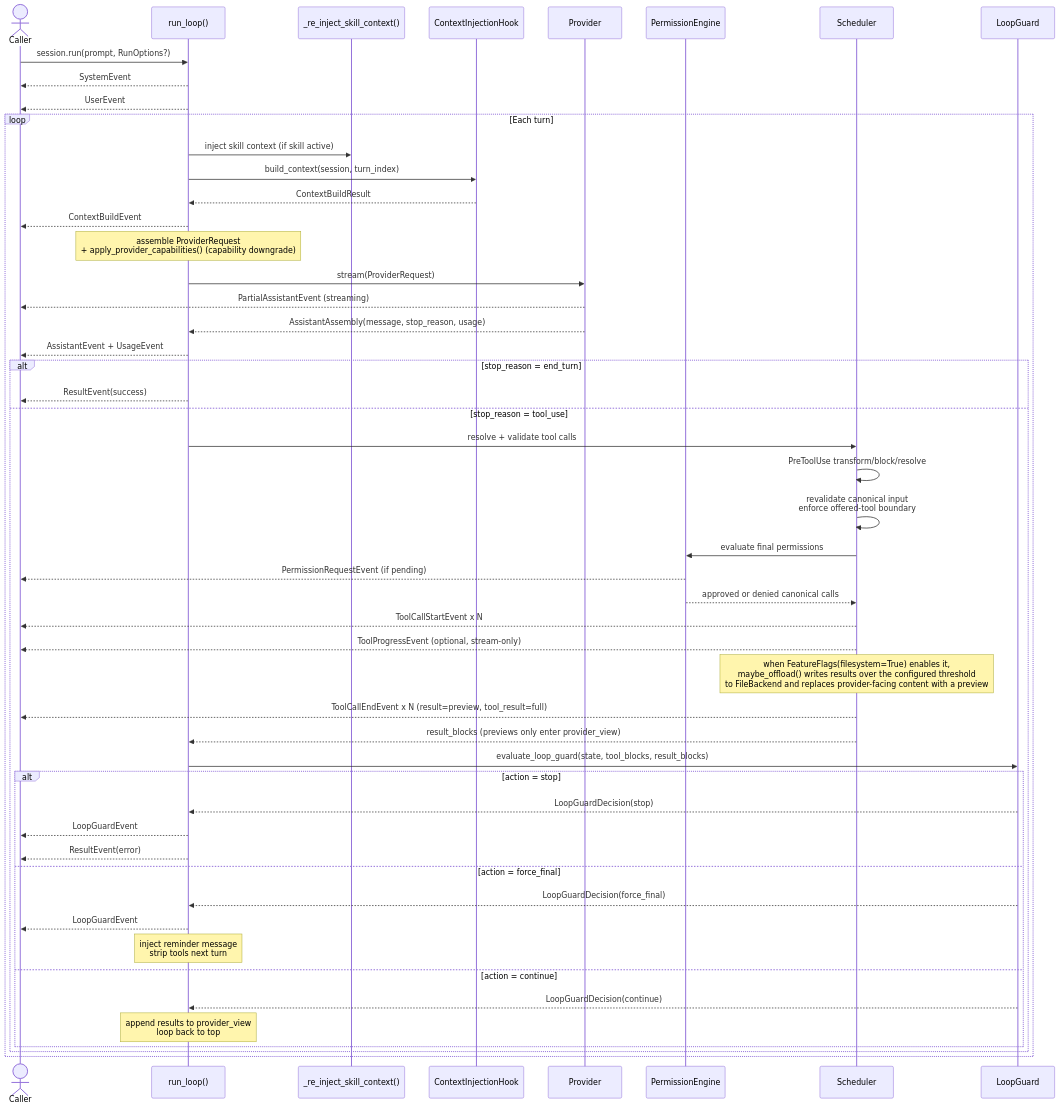
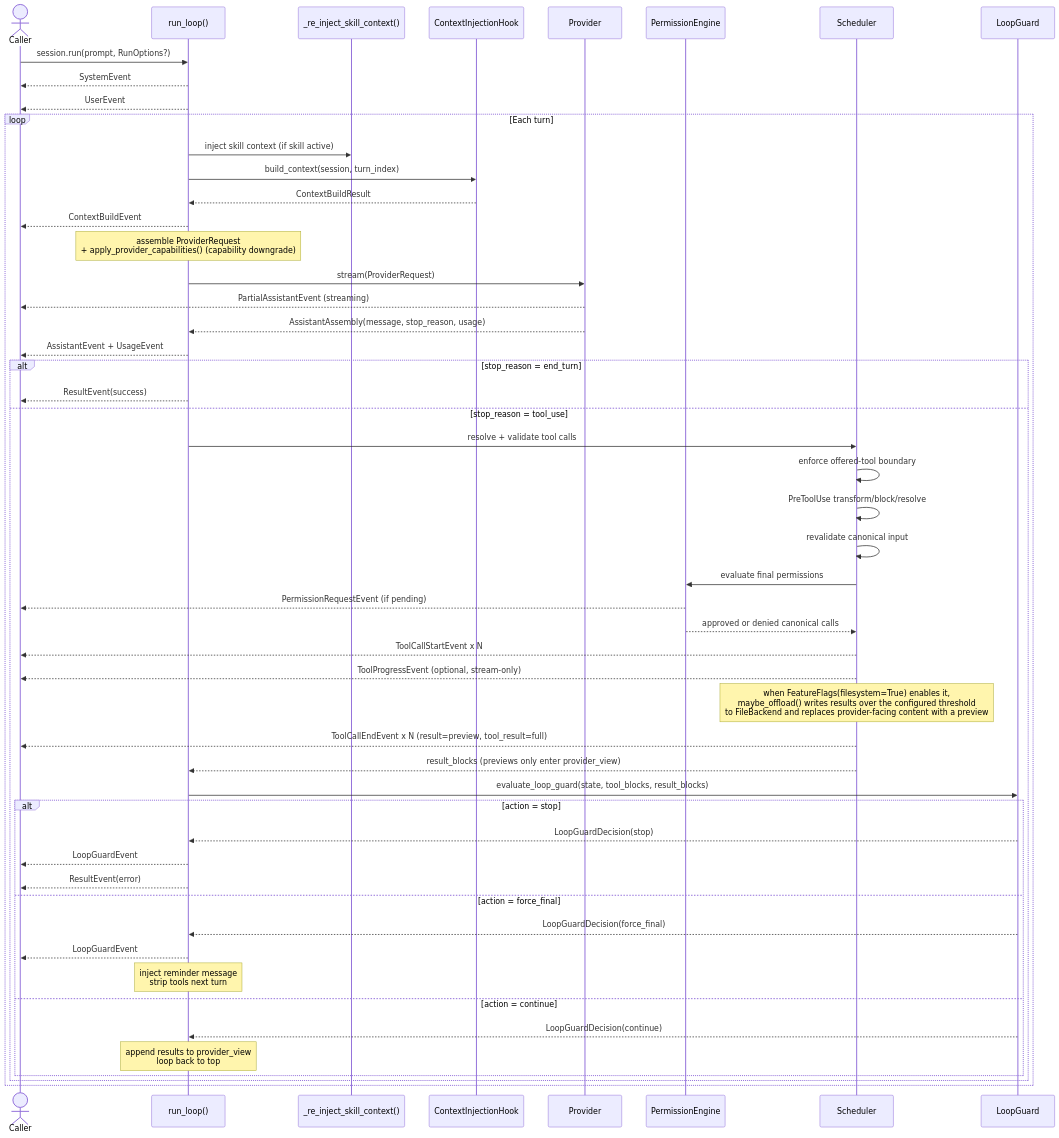
One commit to DuyTa506/linch changed the diagram in docs/architecture/turn-lifecycle.md. Above: the diagram before and after it, drawn with Mermaid. The commit also changed other lines of this file and 43 other files, not shown here.

````diff
--- a/docs/architecture/turn-lifecycle.md
+++ b/docs/architecture/turn-lifecycle.md
@@ -7,62 +7,63 @@
 ```mermaid
 sequenceDiagram
     actor Caller
     participant RL as run_loop()
     participant SK as _re_inject_skill_context()
     participant CB as ContextInjectionHook
     participant PR as Provider
     participant PE as PermissionEngine
     participant SC as Scheduler
     participant LG as LoopGuard
 
     Caller->>RL: session.run(prompt, RunOptions?)
     RL-->>Caller: SystemEvent
     RL-->>Caller: UserEvent
 
     loop Each turn
         RL->>SK: inject skill context (if skill active)
         RL->>CB: build_context(session, turn_index)
         CB-->>RL: ContextBuildResult
         RL-->>Caller: ContextBuildEvent
 
         Note over RL: assemble ProviderRequest<br/>+ apply_provider_capabilities() (capability downgrade)
 
         RL->>PR: stream(ProviderRequest)
         PR-->>Caller: PartialAssistantEvent (streaming)
         PR-->>RL: AssistantAssembly(message, stop_reason, usage)
 
         RL-->>Caller: AssistantEvent + UsageEvent
 
         alt stop_reason = end_turn
             RL-->>Caller: ResultEvent(success)
         else stop_reason = tool_use
             RL->>SC: resolve + validate tool calls
+            SC->>SC: enforce offered-tool boundary
             SC->>SC: PreToolUse transform/block/resolve
-            SC->>SC: revalidate canonical input<br/>enforce offered-tool boundary
+            SC->>SC: revalidate canonical input
             SC->>PE: evaluate final permissions
             PE-->>Caller: PermissionRequestEvent (if pending)
             PE-->>SC: approved or denied canonical calls
 
             SC-->>Caller: ToolCallStartEvent x N
             SC-->>Caller: ToolProgressEvent (optional, stream-only)
             Note over SC: when FeatureFlags(filesystem=True) enables it,<br/>maybe_offload() writes results over the configured threshold<br/>to FileBackend and replaces provider-facing content with a preview
             SC-->>Caller: ToolCallEndEvent x N (result=preview, tool_result=full)
             SC-->>RL: result_blocks (previews only enter provider_view)
 
             RL->>LG: evaluate_loop_guard(state, tool_blocks, result_blocks)
 
             alt action = stop
                 LG-->>RL: LoopGuardDecision(stop)
                 RL-->>Caller: LoopGuardEvent
                 RL-->>Caller: ResultEvent(error)
             else action = force_final
                 LG-->>RL: LoopGuardDecision(force_final)
                 RL-->>Caller: LoopGuardEvent
                 Note over RL: inject reminder message<br/>strip tools next turn
             else action = continue
                 LG-->>RL: LoopGuardDecision(continue)
                 Note over RL: append results to provider_view<br/>loop back to top
             end
         end
     end
 ```
````
